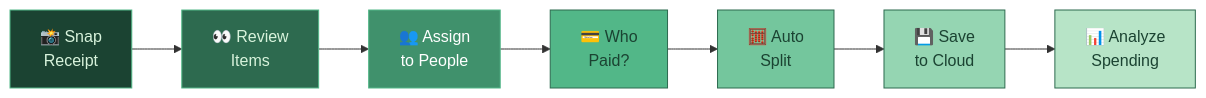
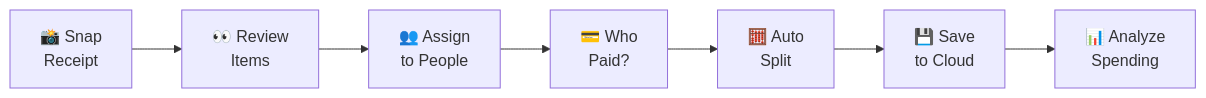
One commit to lohorisinha/Splyttr changed the first of 2 diagrams in README.md. Above: the diagram before and after it, drawn with Mermaid. The commit also changed other lines of this file, not shown here.

````diff
--- a/README.md
+++ b/README.md
@@ -41,17 +20,9 @@
 ```mermaid
 flowchart LR
     A[📸 Snap\nReceipt] --> B[👀 Review\nItems]
     B --> C[👥 Assign\nto People]
     C --> D[💳 Who\nPaid?]
     D --> E[🧮 Auto\nSplit]
     E --> F[💾 Save\nto Cloud]
     F --> G[📊 Analyze\nSpending]
-
-    style A fill:#1b4332,color:#d8f3dc,stroke:#52b788
-    style B fill:#2d6a4f,color:#d8f3dc,stroke:#52b788
-    style C fill:#40916c,color:#ffffff,stroke:#52b788
-    style D fill:#52b788,color:#1b4332,stroke:#2d6a4f
-    style E fill:#74c69d,color:#1b4332,stroke:#2d6a4f
-    style F fill:#95d5b2,color:#1b4332,stroke:#2d6a4f
-    style G fill:#b7e4c7,color:#1b4332,stroke:#2d6a4f
 ```
````
